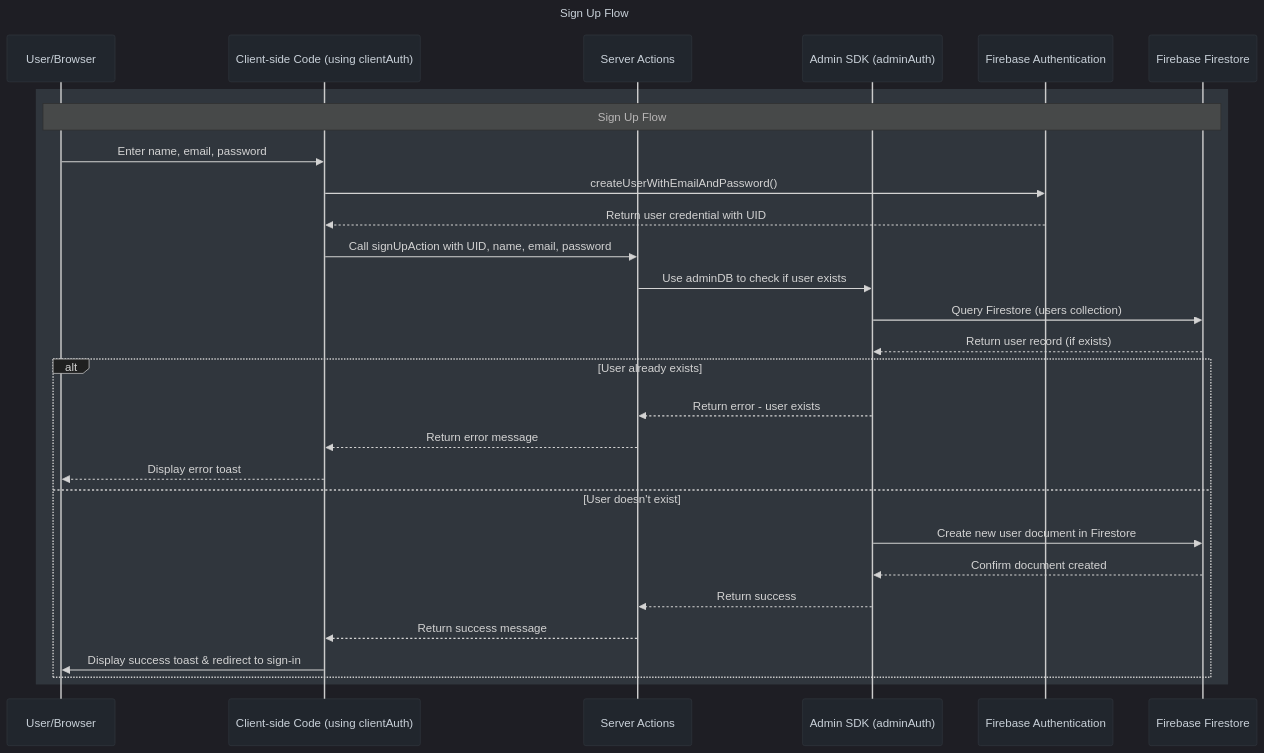
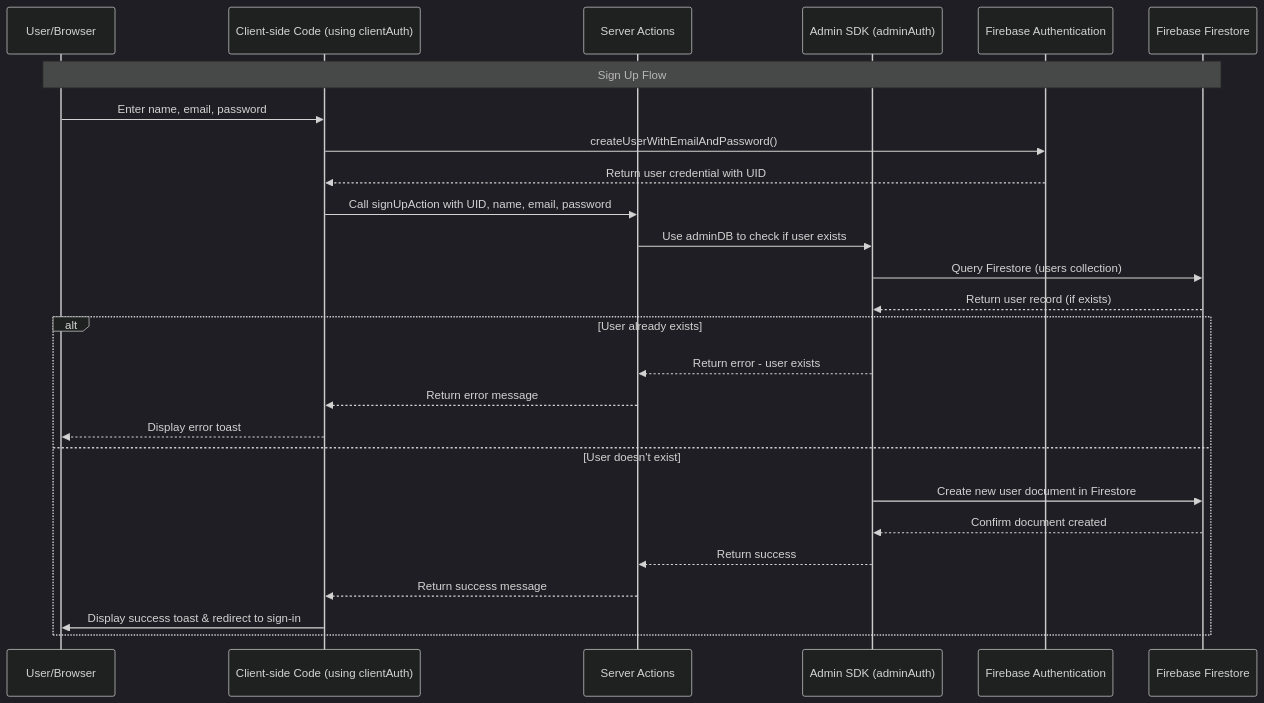
Before and after one commit to KeepSerene/vox-navi-ai-interview-prep-next-app: the first of 3 diagrams in README.md, drawn with Mermaid. The commit also changed other lines of this file, not shown here.

Commit message:
changed the mermaid diagram color palette

````diff
--- a/README.md
+++ b/README.md
@@ -144,46 +144,32 @@
 ```mermaid
-%%{init: {'theme': 'dark', 'themeVariables': {
-    'background': '#0d1117',
-    'primaryColor': '#161b22',
-    'secondaryColor': '#21262d',
-    'tertiaryColor': '#30363d',
-    'lineColor': '#c9d1d9',
-    'textColor': '#c9d1d9',
-    'actorBkg': '#21262d',
-    'actorBorder': '#30363d',
-    'actorTextColor': '#c9d1d9',
-    'messageTextColor': '#c9d1d9'
-}}}%%
+%%{init: {'theme': 'dark', 'themeVariables': { 'darkMode': true, 'background': '#0d1117', 'primaryColor': '#30363d', 'primaryTextColor': '#e6edf3', 'primaryBorderColor': '#30363d', 'lineColor': '#8b949e', 'secondaryColor': '#161b22', 'tertiaryColor': '#161b22' }}}%%
 sequenceDiagram
-title Sign Up Flow
-participant User as User/Browser
-participant Client as Client-side Code (using clientAuth)
-participant ServerAction as Server Actions
-participant AdminSDK as Admin SDK (adminAuth)
-participant FirebaseAuth as Firebase Authentication
-participant FirebaseDB as Firebase Firestore
+    participant User as User/Browser
+    participant Client as Client-side Code (using clientAuth)
+    participant ServerAction as Server Actions
+    participant AdminSDK as Admin SDK (adminAuth)
+    participant FirebaseAuth as Firebase Authentication
+    participant FirebaseDB as Firebase Firestore
 
-rect #161b22
     Note over User, FirebaseDB: Sign Up Flow
     User->>Client: Enter name, email, password
     Client->>FirebaseAuth: createUserWithEmailAndPassword()
     FirebaseAuth-->>Client: Return user credential with UID
     Client->>ServerAction: Call signUpAction with UID, name, email, password
     ServerAction->>AdminSDK: Use adminDB to check if user exists
     AdminSDK->>FirebaseDB: Query Firestore (users collection)
     FirebaseDB-->>AdminSDK: Return user record (if exists)
 
     alt User already exists
         AdminSDK-->>ServerAction: Return error - user exists
         ServerAction-->>Client: Return error message
         Client-->>User: Display error toast
     else User doesn't exist
         AdminSDK->>FirebaseDB: Create new user document in Firestore
         FirebaseDB-->>AdminSDK: Confirm document created
         AdminSDK-->>ServerAction: Return success
         ServerAction-->>Client: Return success message
         Client->>User: Display success toast & redirect to sign-in
     end
-end
 
 ```
````
